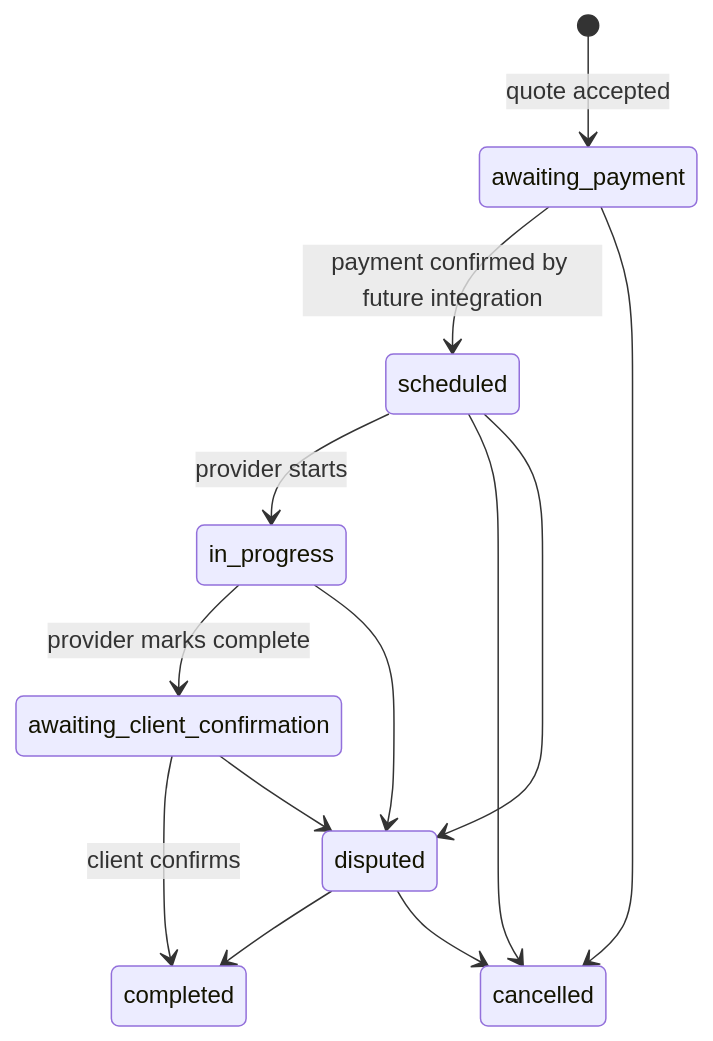
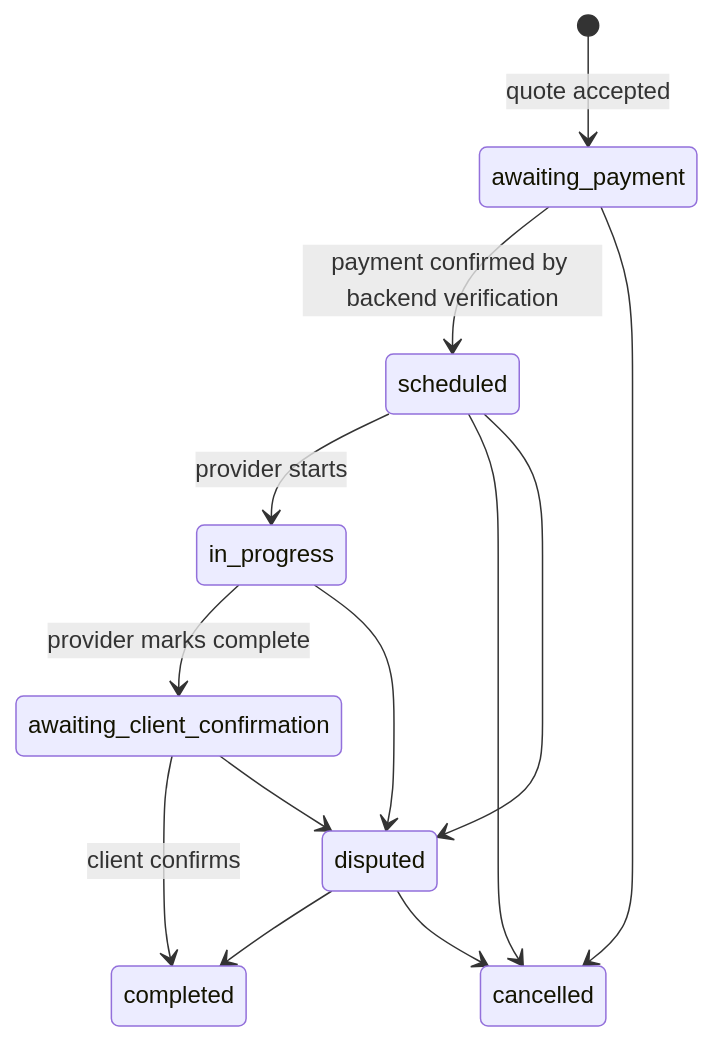
Before and after one commit to lakamo-samuel/konet: the fourth of 4 diagrams in README.md, drawn with Mermaid. The commit also changed other lines of this file and 28 other files, not shown here.

````diff
--- a/README.md
+++ b/README.md
@@ -193,15 +193,15 @@
 ```mermaid
 stateDiagram-v2
     [*] --> awaiting_payment: quote accepted
-    awaiting_payment --> scheduled: payment confirmed by future integration
+    awaiting_payment --> scheduled: payment confirmed by backend verification
     awaiting_payment --> cancelled
     scheduled --> in_progress: provider starts
     scheduled --> cancelled
     scheduled --> disputed
     in_progress --> awaiting_client_confirmation: provider marks complete
     in_progress --> disputed
     awaiting_client_confirmation --> completed: client confirms
     awaiting_client_confirmation --> disputed
     disputed --> completed
     disputed --> cancelled
 ```
````
